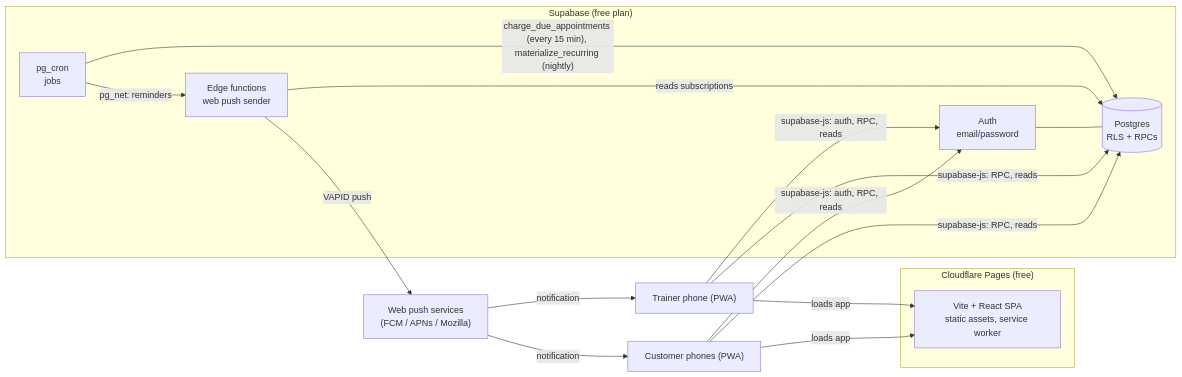
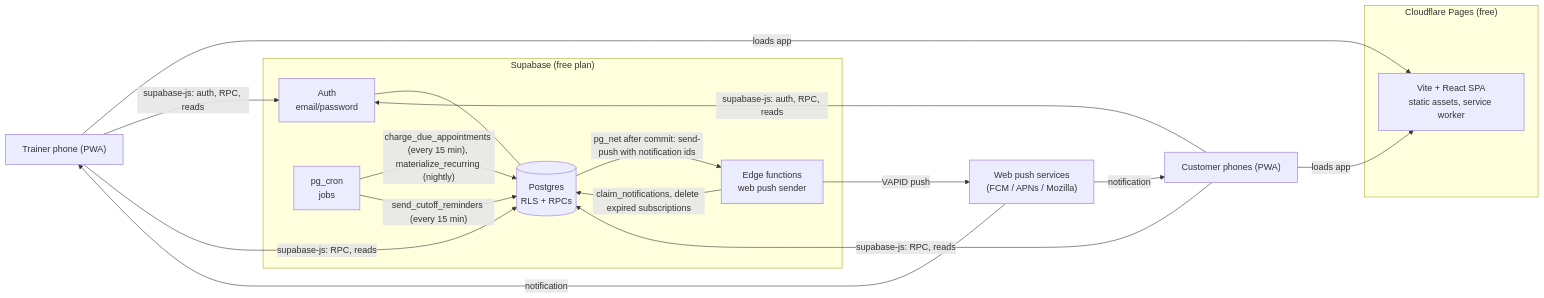
One commit to JasaGlazar/amrap changed the diagram in docs/architecture/system-context.md. Above: the diagram before and after it, drawn with Mermaid. The commit also changed other lines of this file and 15 other files, not shown here.

First line of the commit message:
feat(db): notification log, push dispatch and the pre-cutoff reminder job

````diff
--- a/docs/architecture/system-context.md
+++ b/docs/architecture/system-context.md
@@ -9,29 +10,30 @@
 ```mermaid
 flowchart LR
     trainer["Trainer phone (PWA)"]
     customer["Customer phones (PWA)"]
     subgraph cf["Cloudflare Pages (free)"]
         spa["Vite + React SPA<br/>static assets, service worker"]
     end
     subgraph sb["Supabase (free plan)"]
         auth["Auth<br/>email/password"]
         pg[("Postgres<br/>RLS + RPCs")]
         cron["pg_cron<br/>jobs"]
         edge["Edge functions<br/>web push sender"]
     end
     push["Web push services<br/>(FCM / APNs / Mozilla)"]
 
     trainer -->|"loads app"| spa
     customer -->|"loads app"| spa
     trainer -->|"supabase-js: auth, RPC, reads"| auth
     trainer -->|"supabase-js: RPC, reads"| pg
     customer -->|"supabase-js: auth, RPC, reads"| auth
     customer -->|"supabase-js: RPC, reads"| pg
     auth --- pg
     cron -->|"charge_due_appointments (every 15 min), materialize_recurring (nightly)"| pg
-    cron -->|"pg_net: reminders"| edge
-    edge -->|"reads subscriptions"| pg
+    cron -->|"send_cutoff_reminders (every 15 min)"| pg
+    pg -->|"pg_net after commit: send-push with notification ids"| edge
+    edge -->|"claim_notifications, delete expired subscriptions"| pg
     edge -->|"VAPID push"| push
     push -->|"notification"| trainer
     push -->|"notification"| customer
 ```
````
